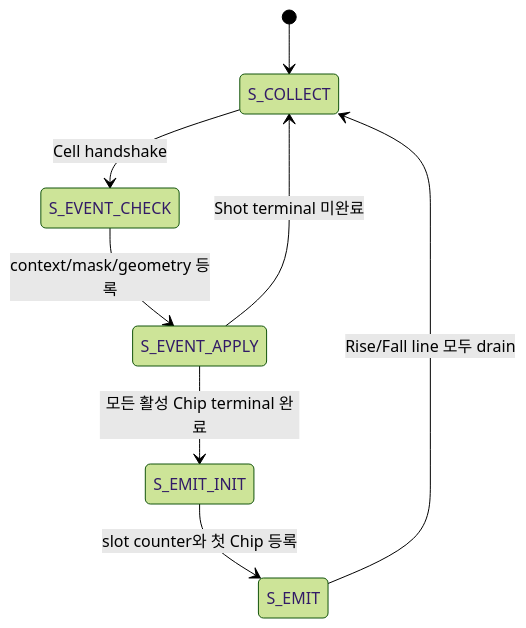
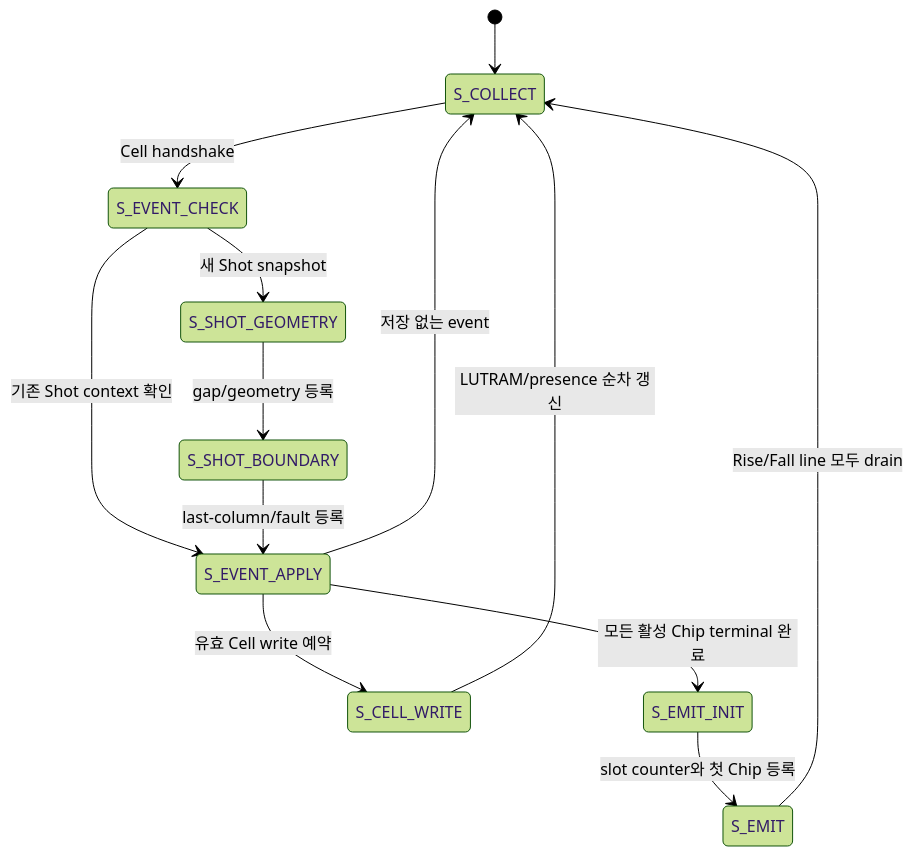
The second of 2 diagrams in system_integration/v2_architecture/V2_CHECKPOINT_I3_GPX_FRAME_LANE_ASSEMBLER.md (haneulia/tdc_gpx_ctrl), drawn with Mermaid (forest theme) before and after one commit. The commit also changed other lines of this file and 6 other files, not shown here.

````diff
--- a/system_integration/v2_architecture/V2_CHECKPOINT_I3_GPX_FRAME_LANE_ASSEMBLER.md
+++ b/system_integration/v2_architecture/V2_CHECKPOINT_I3_GPX_FRAME_LANE_ASSEMBLER.md
@@ -158,10 +167,15 @@
 ```mermaid
 stateDiagram-v2
     [*] --> S_COLLECT
     S_COLLECT --> S_EVENT_CHECK: Cell handshake
-    S_EVENT_CHECK --> S_EVENT_APPLY: context/mask/geometry 등록
-    S_EVENT_APPLY --> S_COLLECT: Shot terminal 미완료
+    S_EVENT_CHECK --> S_SHOT_GEOMETRY: 새 Shot snapshot
+    S_EVENT_CHECK --> S_EVENT_APPLY: 기존 Shot context 확인
+    S_SHOT_GEOMETRY --> S_SHOT_BOUNDARY: gap/geometry 등록
+    S_SHOT_BOUNDARY --> S_EVENT_APPLY: last-column/fault 등록
+    S_EVENT_APPLY --> S_CELL_WRITE: 유효 Cell write 예약
+    S_CELL_WRITE --> S_COLLECT: LUTRAM/presence 순차 갱신
+    S_EVENT_APPLY --> S_COLLECT: 저장 없는 event
     S_EVENT_APPLY --> S_EMIT_INIT: 모든 활성 Chip terminal 완료
     S_EMIT_INIT --> S_EMIT: slot counter와 첫 Chip 등록
     S_EMIT --> S_COLLECT: Rise/Fall line 모두 drain
 ```
````
